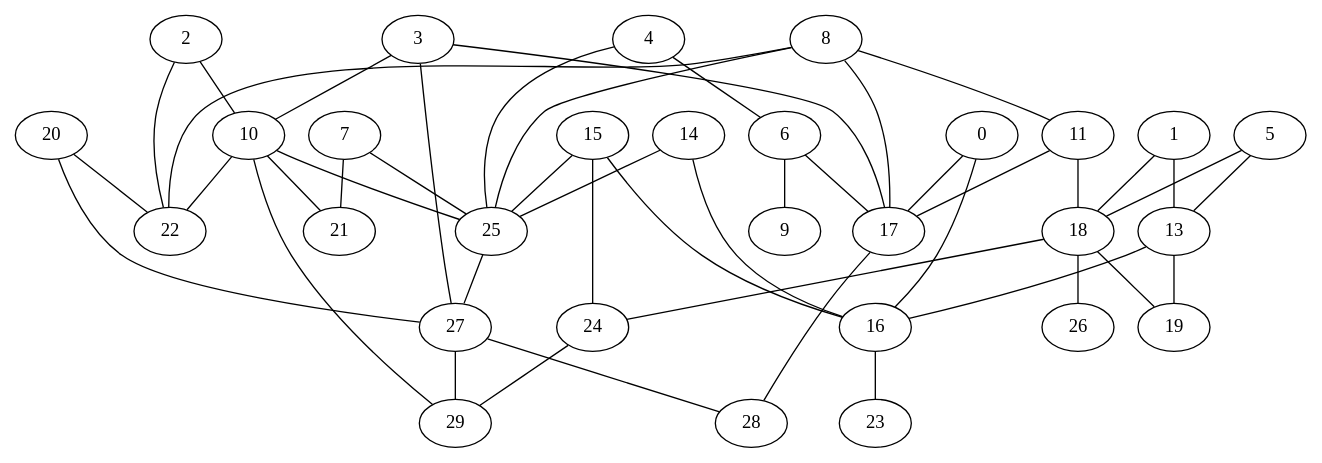
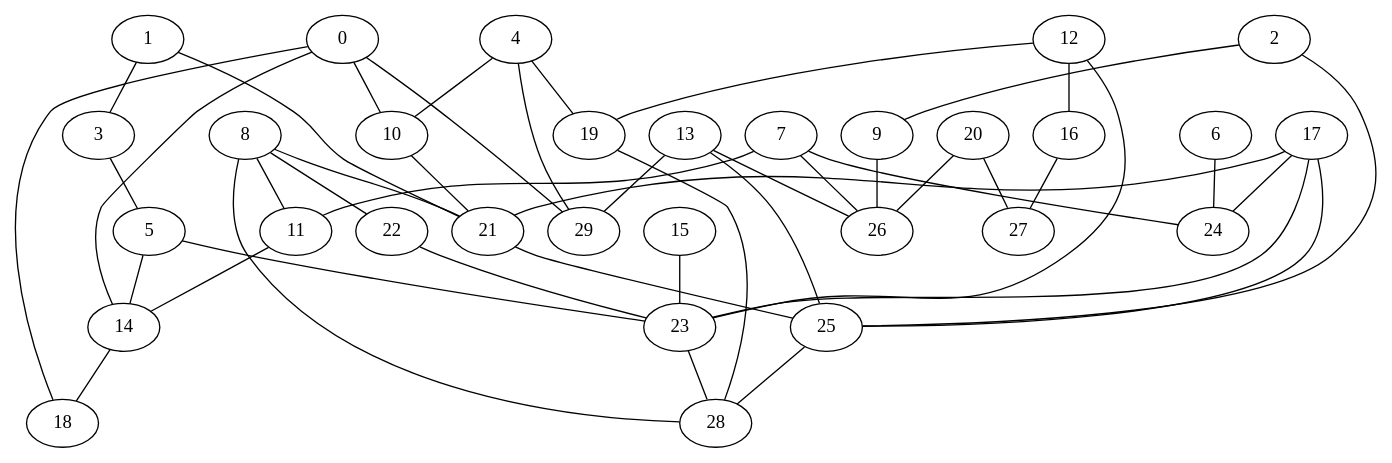
One commit to amorac4/DAA24 changed the diagram in Erdös-Rényi_generado.gv. Above: the diagram before and after it, drawn with Graphviz. The commit also changed 6 other files, not shown here.

```diff
--- a/Erdös-Rényi_generado.gv
+++ b/Erdös-Rényi_generado.gv
@@ -1,47 +1,47 @@
 graph G {
-    "6" -- "9";
-    "7" -- "21";
-    "5" -- "13";
-    "7" -- "25";
-    "18" -- "26";
+    "9" -- "26";
+    "1" -- "21";
+    "1" -- "3";
+    "22" -- "23";
+    "0" -- "14";
+    "13" -- "26";
     "10" -- "21";
-    "2" -- "22";
-    "18" -- "19";
-    "0" -- "16";
-    "25" -- "27";
-    "6" -- "17";
-    "3" -- "17";
-    "27" -- "29";
-    "17" -- "28";
-    "3" -- "10";
-    "5" -- "18";
-    "13" -- "16";
-    "0" -- "17";
-    "11" -- "18";
-    "10" -- "22";
-    "27" -- "28";
-    "3" -- "27";
+    "0" -- "10";
+    "11" -- "14";
+    "8" -- "28";
+    "12" -- "16";
+    "6" -- "24";
+    "17" -- "25";
+    "7" -- "11";
+    "5" -- "23";
+    "20" -- "26";
+    "15" -- "23";
+    "2" -- "9";
+    "4" -- "19";
+    "13" -- "25";
+    "14" -- "18";
+    "7" -- "24";
+    "17" -- "24";
+    "13" -- "29";
+    "17" -- "23";
+    "0" -- "29";
     "20" -- "27";
-    "8" -- "25";
-    "20" -- "22";
-    "15" -- "25";
-    "18" -- "24";
+    "4" -- "10";
+    "19" -- "28";
     "8" -- "11";
-    "1" -- "13";
-    "16" -- "23";
-    "2" -- "10";
-    "4" -- "25";
-    "13" -- "19";
-    "8" -- "17";
-    "11" -- "17";
-    "15" -- "24";
-    "4" -- "6";
-    "14" -- "16";
-    "24" -- "29";
+    "8" -- "21";
+    "0" -- "18";
+    "25" -- "28";
+    "3" -- "5";
+    "4" -- "29";
+    "21" -- "25";
+    "7" -- "26";
+    "23" -- "28";
     "8" -- "22";
-    "14" -- "25";
-    "10" -- "25";
-    "1" -- "18";
-    "10" -- "29";
-    "15" -- "16";
+    "12" -- "19";
+    "5" -- "14";
+    "17" -- "21";
+    "16" -- "27";
+    "2" -- "25";
+    "12" -- "23";
 }
```
